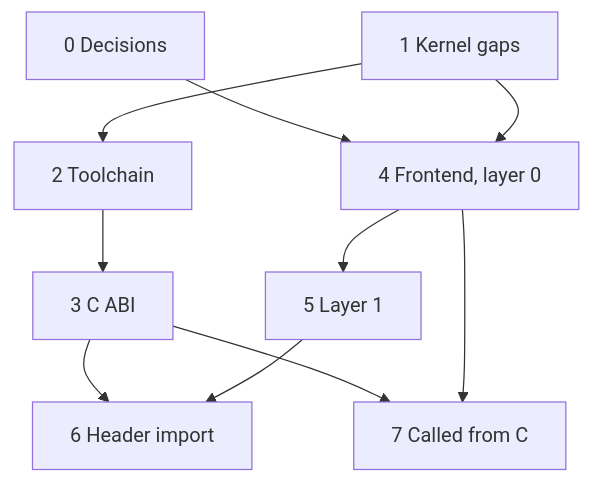
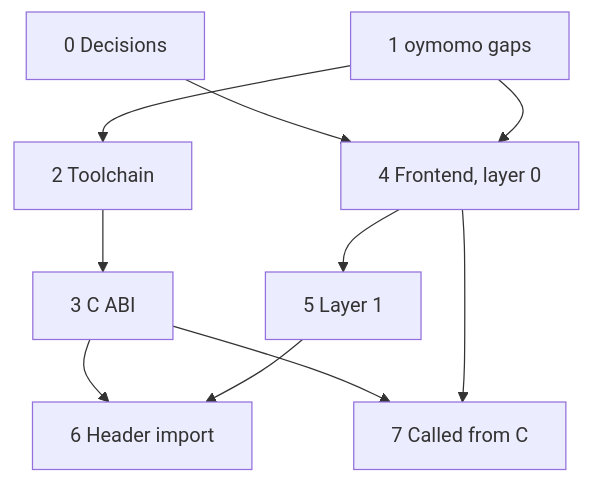
One commit to tapl-org/tapl changed the second of 2 diagrams in oymo/docs/plan_c_interop.md. Above: the diagram before and after it, drawn with Mermaid. The commit also changed other lines of this file and 23 other files, not shown here.

````diff
--- a/oymo/docs/plan_c_interop.md
+++ b/oymo/docs/plan_c_interop.md
@@ -199,12 +199,12 @@
 ```mermaid
 flowchart TD
   P0["0 Decisions"] --> P4["4 Frontend, layer 0"]
-  P1["1 Kernel gaps"] --> P2["2 Toolchain"]
+  P1["1 oymomo gaps"] --> P2["2 Toolchain"]
   P2 --> P3["3 C ABI"]
   P1 --> P4
   P4 --> P5["5 Layer 1"]
   P3 --> P6["6 Header import"]
   P5 --> P6
   P3 --> P7["7 Called from C"]
   P4 --> P7
 ```
````
